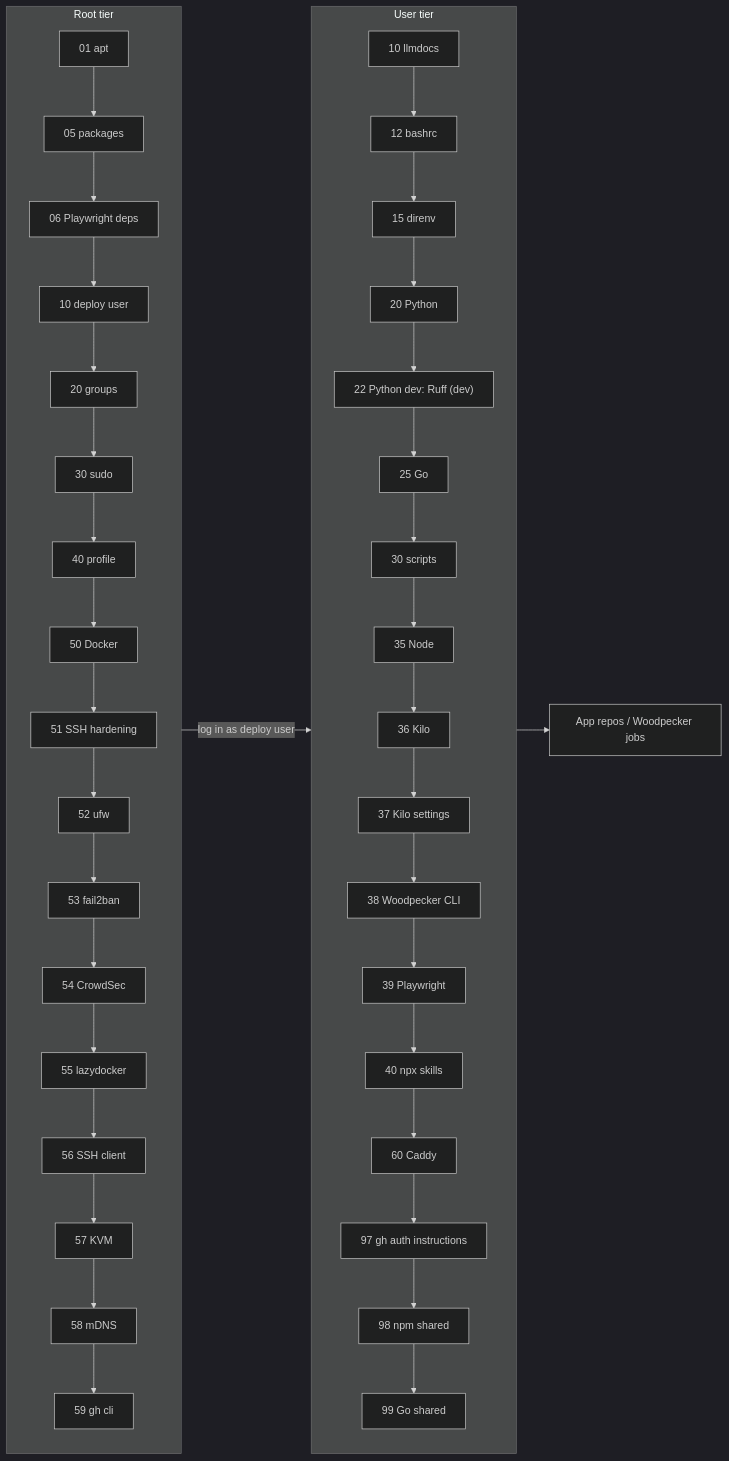
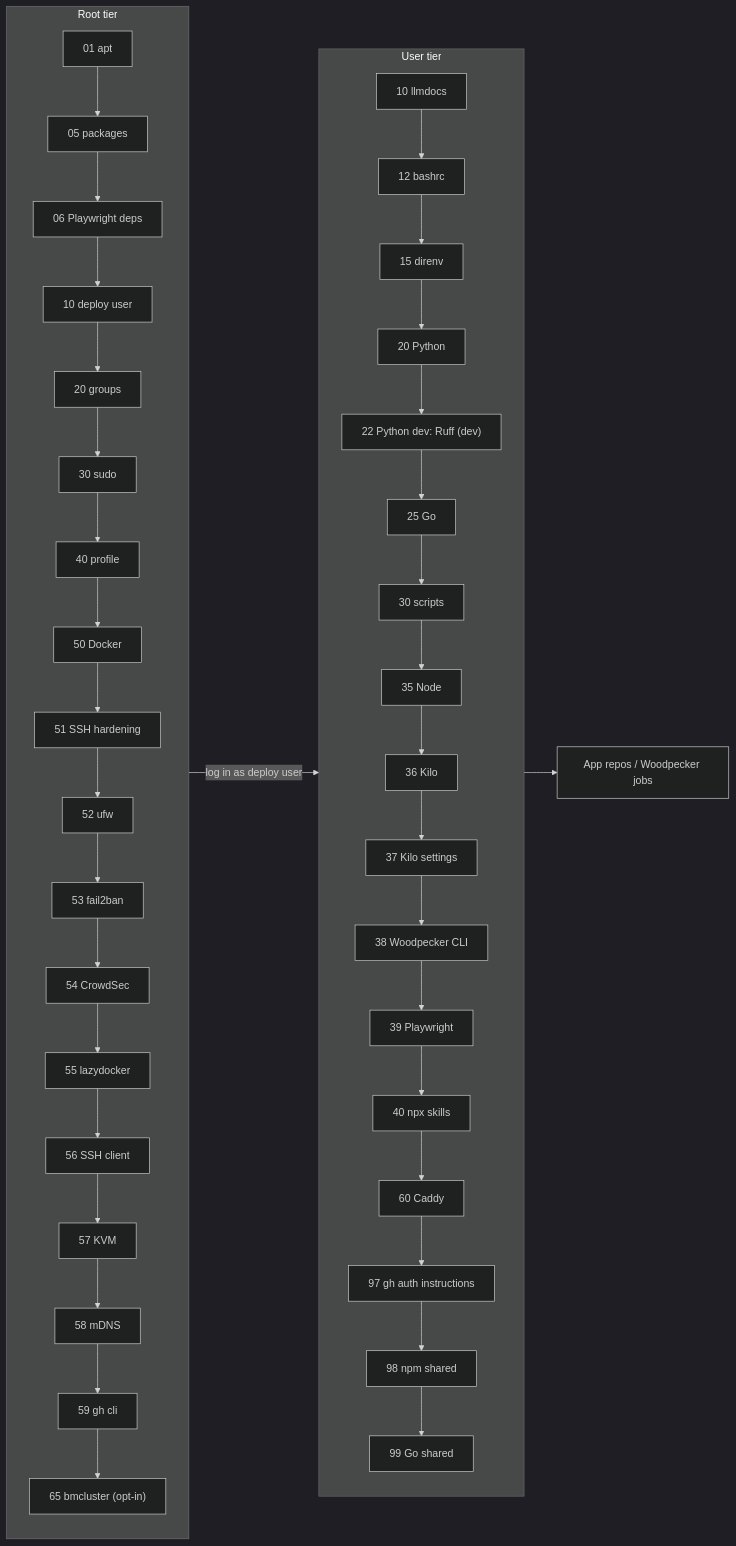
The second of 3 diagrams in docs/codemap.md (broadminde-org/bootstrap), drawn with Mermaid (dark theme) before and after one commit. The commit also changed other lines of this file and 10 other files, not shown here.

````diff
--- a/docs/codemap.md
+++ b/docs/codemap.md
@@ -55,19 +55,19 @@
 ```mermaid
 flowchart LR
     subgraph Root["Root tier"]
         R1["01 apt"] --> R2["05 packages"] --> R3["06 Playwright deps"]
         R3 --> R4["10 deploy user"] --> R5["20 groups"] --> R6["30 sudo"]
         R6 --> R7["40 profile"] --> R9["50 Docker"]
         R9 --> R10["51 SSH hardening"] --> R11["52 ufw"] --> R12["53 fail2ban"]
         R12 --> R13["54 CrowdSec"] --> R14["55 lazydocker"] --> R15["56 SSH client"]
-        R15 --> R16["57 KVM"] --> R17["58 mDNS"] --> R18["59 gh cli"]
+        R15 --> R16["57 KVM"] --> R17["58 mDNS"] --> R18["59 gh cli"] --> R19["65 bmcluster (opt-in)"]
     end
     subgraph User["User tier"]
         U1["10 llmdocs"] --> U2["12 bashrc"] --> U3["15 direnv"] --> U4["20 Python"]
         U4 --> U22["22 Python dev: Ruff (dev)"] --> U5["25 Go"] --> U6["30 scripts"] --> U7["35 Node"] --> U8["36 Kilo"]
         U8 --> U9["37 Kilo settings"] --> U10["38 Woodpecker CLI"] --> U11["39 Playwright"] --> U12["40 npx skills"]
         U12 --> U13["60 Caddy"] --> U14["97 gh auth instructions"] --> U15["98 npm shared"] --> U16["99 Go shared"]
     end
     Root -->|"log in as deploy user"| User
     User --> Apps["App repos / Woodpecker jobs"]
 ```
````
